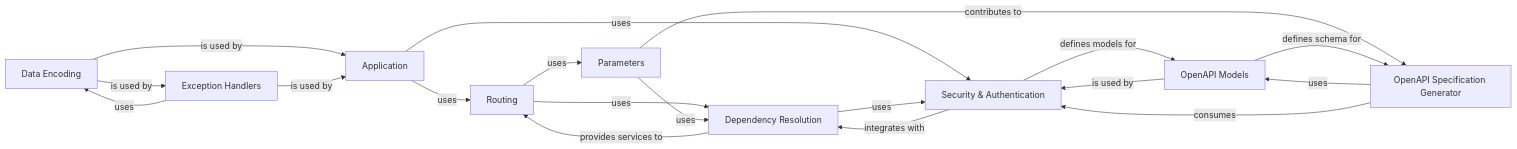
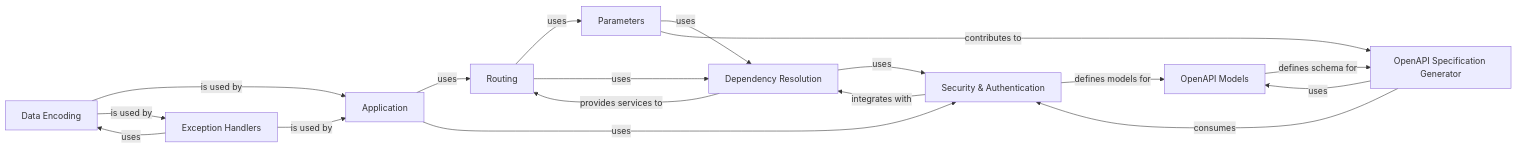
Before and after one commit to CodeBoarding/GeneratedOnBoardings: the diagram in fastapi/Security_Authentication.md, drawn with Mermaid. The commit also changed other lines of this file and 4 other files, not shown here.

````diff
--- a/fastapi/Security_Authentication.md
+++ b/fastapi/Security_Authentication.md
@@ -1,31 +1,31 @@
 ```mermaid
 graph LR
     Application["Application"]
     Routing["Routing"]
     Parameters["Parameters"]
     Dependency_Resolution["Dependency Resolution"]
     Security_Authentication["Security & Authentication"]
     OpenAPI_Specification_Generator["OpenAPI Specification Generator"]
     OpenAPI_Models["OpenAPI Models"]
     Data_Encoding["Data Encoding"]
     Exception_Handlers["Exception Handlers"]
     Application -- "uses" --> Routing
     Application -- "uses" --> Security_Authentication
     Routing -- "uses" --> Parameters
     Routing -- "uses" --> Dependency_Resolution
     Parameters -- "uses" --> Dependency_Resolution
     Parameters -- "contributes to" --> OpenAPI_Specification_Generator
     Dependency_Resolution -- "uses" --> Security_Authentication
     Dependency_Resolution -- "provides services to" --> Routing
     Security_Authentication -- "integrates with" --> Dependency_Resolution
     Security_Authentication -- "defines models for" --> OpenAPI_Models
     OpenAPI_Specification_Generator -- "uses" --> OpenAPI_Models
     OpenAPI_Specification_Generator -- "consumes" --> Security_Authentication
     OpenAPI_Models -- "defines schema for" --> OpenAPI_Specification_Generator
-    OpenAPI_Models -- "is used by" --> Security_Authentication
     Data_Encoding -- "is used by" --> Application
     Data_Encoding -- "is used by" --> Exception_Handlers
     Exception_Handlers -- "is used by" --> Application
     Exception_Handlers -- "uses" --> Data_Encoding
+    click Routing href "https://github.com/CodeBoarding/GeneratedOnBoardings/blob/main/fastapi/Routing.md" "Details"
     click Security_Authentication href "https://github.com/CodeBoarding/GeneratedOnBoardings/blob/main/fastapi/Security_Authentication.md" "Details"
 ```
````
